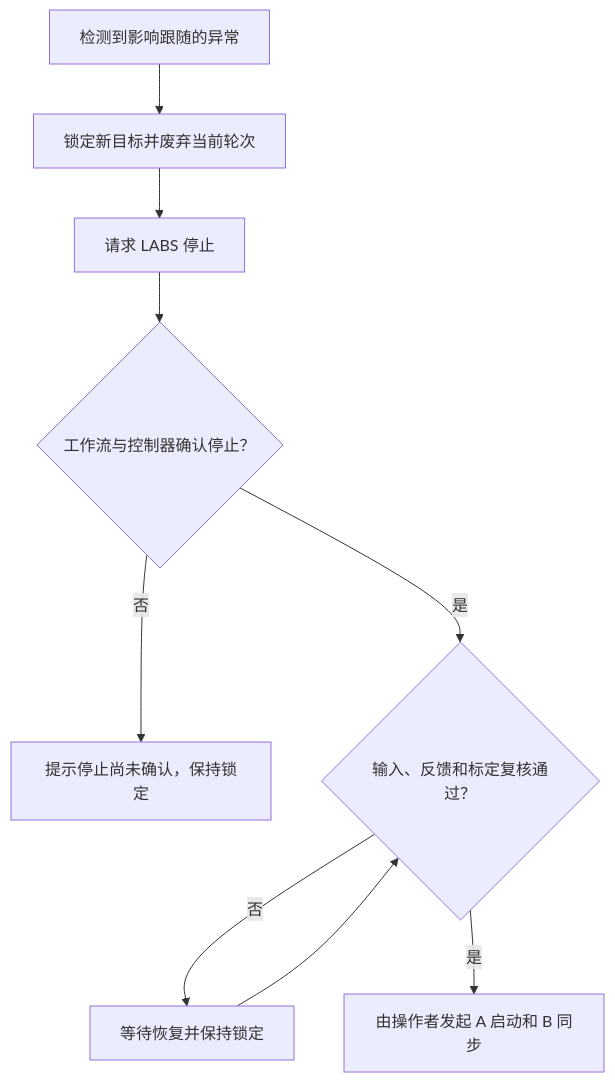
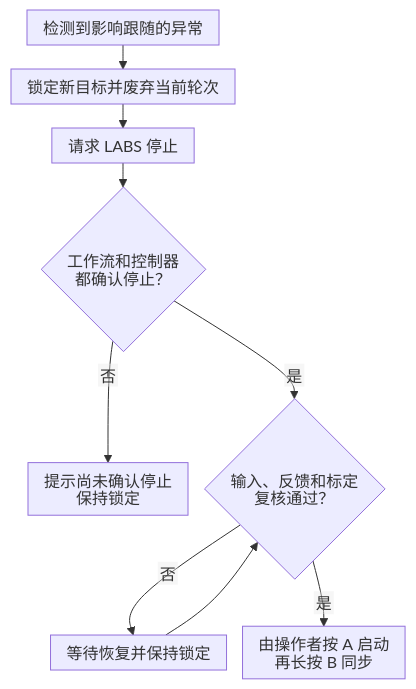
The fourth of 4 diagrams in 7、遥操作同步、跟随及异常处理.md (YYxzz8866/Quest-Proposal), drawn with Mermaid before and after one commit. The commit also changed other lines of this file and 9 other files, not shown here.

````diff
--- a/7、遥操作同步、跟随及异常处理.md
+++ b/7、遥操作同步、跟随及异常处理.md
@@ -152,17 +104,18 @@
 ```mermaid
+%%{init: {"htmlLabels": false, "flowchart": {"htmlLabels": false, "useMaxWidth": true, "nodeSpacing": 16, "rankSpacing": 24, "padding": 8}}}%%
 flowchart TD
     Error["检测到影响跟随的异常"]
     Block["锁定新目标并废弃当前轮次"]
     Request["请求 LABS 停止"]
-    Confirm{"工作流与控制器确认停止？"}
-    Alert["提示停止尚未确认，保持锁定"]
-    Restore{"输入、反馈和标定复核通过？"}
+    Confirm{"工作流和控制器<br/>都确认停止？"}
+    Alert["提示尚未确认停止<br/>保持锁定"]
+    Restore{"输入、反馈和标定<br/>复核通过？"}
     Wait["等待恢复并保持锁定"]
-    Restart["由操作者发起 A 启动和 B 同步"]
+    Restart["由操作者按 A 启动<br/>再长按 B 同步"]
 
     Error --> Block --> Request --> Confirm
     Confirm -->|否| Alert
     Confirm -->|是| Restore
     Restore -->|否| Wait --> Restore
     Restore -->|是| Restart
 ```
````
